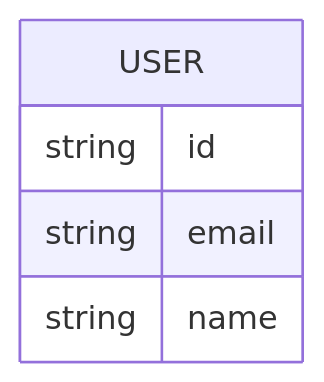
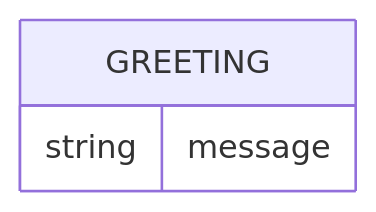
The diagram in specs/design/domain-model.md (ChamodOrg/p47-hello-world), drawn with Mermaid before and after one commit. The commit also changed other lines of this file and 7 other files, not shown here.

````diff
--- a/specs/design/domain-model.md
+++ b/specs/design/domain-model.md
@@ -5,8 +5,6 @@
 ```mermaid
 erDiagram
-    USER {
-        string id
-        string email
-        string name
+    GREETING {
+        string message
     }
 ```
````
